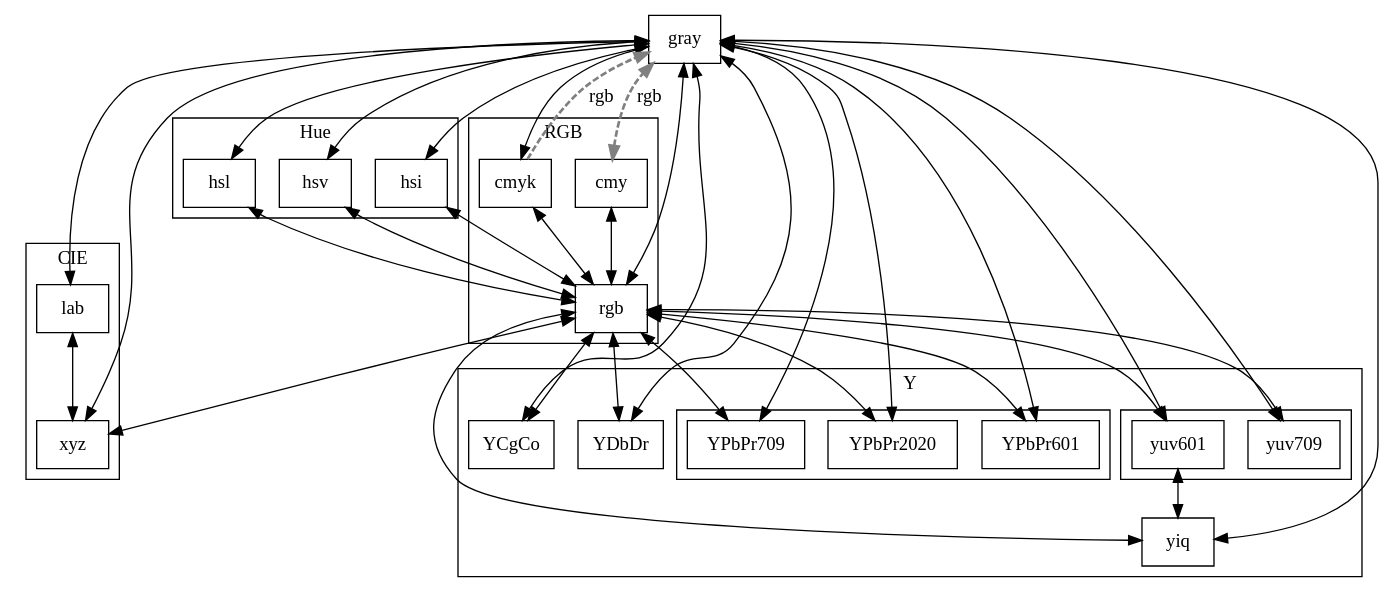
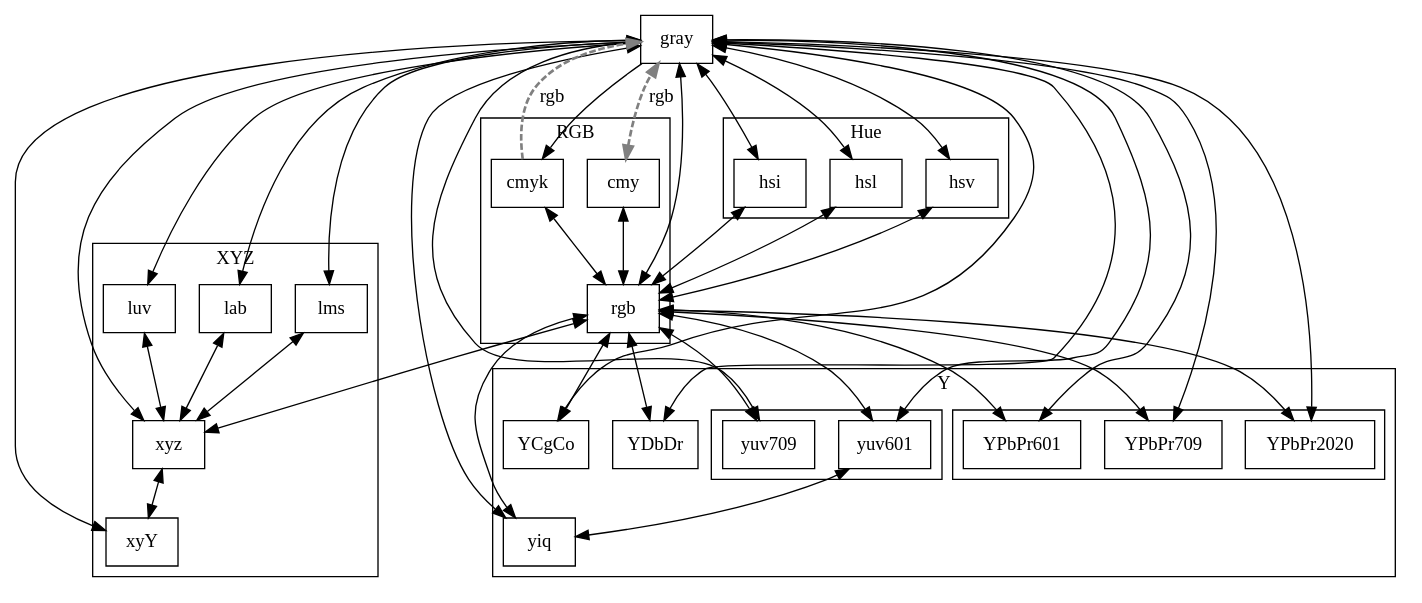
The diagram in doc/gv/conv.gv (dmilos/color), drawn with Graphviz before and after one commit. The commit also changed 66 other files, not shown here.

```diff
--- a/doc/gv/conv.gv
+++ b/doc/gv/conv.gv
@@ -1,117 +1,121 @@
 digraph color_conversion {
 	node [ shape ="box" ];
 	//gray [ color=gray, penwidth = 5 ];
 	//rgb [ style=striped , fillcolor="red:green:blue" ];
 
 	cmy  -> gray [ label = "rgb", style=dashed, color=gray, penwidth = 2, dir=both ];
 	cmy  -> rgb  [ label = "", dir=both  ];
 
 	cmyk -> gray[ label = "rgb", style=dashed, color=gray, penwidth = 2, dir=forward ];
 	cmyk -> rgb [ label = "", dir=both ];
 
 	gray -> cmyk [ label = "", dir=forward  ];
 	//gray -> hbw   [ label = "", dir=both  ];
 	gray -> hsi   [ label = "", dir=both ];
 	gray -> hsl   [ label = "", dir=both ];
 	gray -> hsv   [ label = "", dir=both  ];
 	gray -> lab   [ label = "", dir=both ];
 	gray -> rgb   [ label = "", dir=both ];
 	gray -> xyz   [ label = "", dir=both ];
 	gray -> YCgCo [ label = "", dir=both ];
 	gray -> YDbDr [ label = "", dir=both ];
 	gray -> yiq   [ label = "", dir=both ];
 	gray -> YPbPr601  [ label = "", dir=both ];
 	gray -> YPbPr709  [ label = "", dir=both ];
 	gray -> YPbPr2020 [ label = "", dir=both ];
 	gray -> yuv601   [ label = "", dir=both ];
 	gray -> yuv709   [ label = "", dir=both ];
 
+	gray -> lms   [ label = "", dir=both ];
+	gray -> luv   [ label = "", dir=both ];
+	gray -> xyY   [ label = "", dir=both ];
+
 	//hbw  -> hsv[ label = "", dir=both ];
 
 	hsi  -> rgb [ label = "", dir=both ];
 
 	hsl  -> rgb [ label = "", dir=both ];
 
 	hsv  -> rgb [ label = "", dir=both ];
 
 	lab -> xyz [ label = "", dir=both ];
+	lms -> xyz [ label = "", dir=both ];
+	luv -> xyz [ label = "", dir=both ];
 
 	rgb -> xyz   [ label = "", dir=both ];
 	rgb -> YCgCo [ label = "", dir=both ];
 	rgb -> YDbDr [ label = "", dir=both ];
 	rgb -> yiq   [ label = "", dir=both ];
 	rgb -> YPbPr601  [ label = "", dir=both ];
 	rgb -> YPbPr709  [ label = "", dir=both ];
 	rgb -> YPbPr2020 [ label = "", dir=both ];
 	rgb -> yuv601[ label = "", dir=both ];
 	rgb -> yuv709[ label = "", dir=both ];
 
 	//xyz -> Hunter  [ label = "", dir=both ];
-	//xyz -> xyY     [ label = "", dir=both ];
-	//xyz -> Luv     [ label = "", dir=both ];
-	//xyz -> LMS     [ label = "", dir=both ];
+	xyz -> xyY     [ label = "", dir=both ];
 	//lab -> LCHab   [ label = "", dir=both ];
 	//Luv -> LCHub   [ label = "", dir=both ];
 
 	//yuv -> yuv   [ label = "", dir=both ];
 
 	yuv601 -> yiq   [ label = "", dir=both ];
 
 	subgraph cluster_hue
 	{
 		label = "Hue";
 		//node [ ] hbw;
 		node [ ] hsi;
 		node [ ] hsl;
 		node [ ] hsv;
 	}
 
 	subgraph cluster_Y
 	{
 		label = "Y";
 		node [ ] YCgCo;
 		node [ ] YDbDr;
 		node [ ] yiq  ;
 		node [ ] YPbPr601 ;
 		node [ ] YPbPr709 ;
 		node [ ] YPbPr2020;
 		node [ ] yuv601;
 		node [ ] yuv709;
 		subgraph cluster_yuv
 		{
 			label = "";
 			node [ ] yuv601;
 			node [ ] yuv709;
 		}
 		subgraph cluster_YPbPr
 		{
 			label = "";
 			node [ ] YPbPr601 ;
 			node [ ] YPbPr709 ;
 			node [ ] YPbPr2020;
 		}
 	}
 
 	subgraph cluster_CIE
 	{
-		label = "CIE";
+		label = "XYZ";
 		node [ ] xyz;
 		//node [ ] Hunter;
-		//node [ ] xyY;
+		node [ ] xyY;
 		node [ ] lab;
-		//node [ ] Luv;
-		//node [ ] LMS;
+		node [ ] luv;
+		node [ ] lms;
 		//node [ ] LCHab;
 		//node [ ] LCHub;
 	}
 
 	subgraph cluster_RGB
 	{
 		label = "RGB";
 		node [ ] cmy;
 		node [ ] rgb;
 		node [ ] cmyk;
 	}
 
 
 }
```
